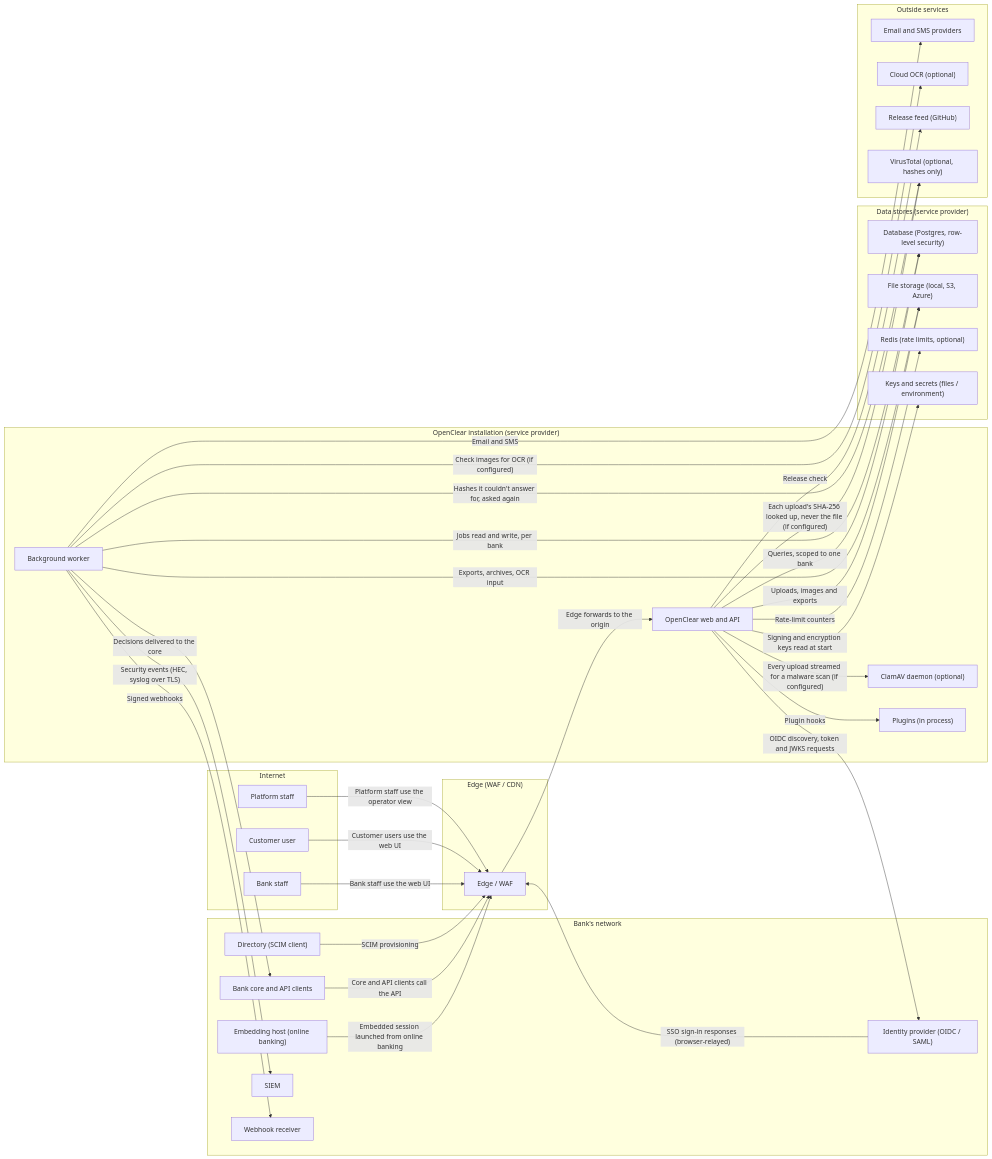
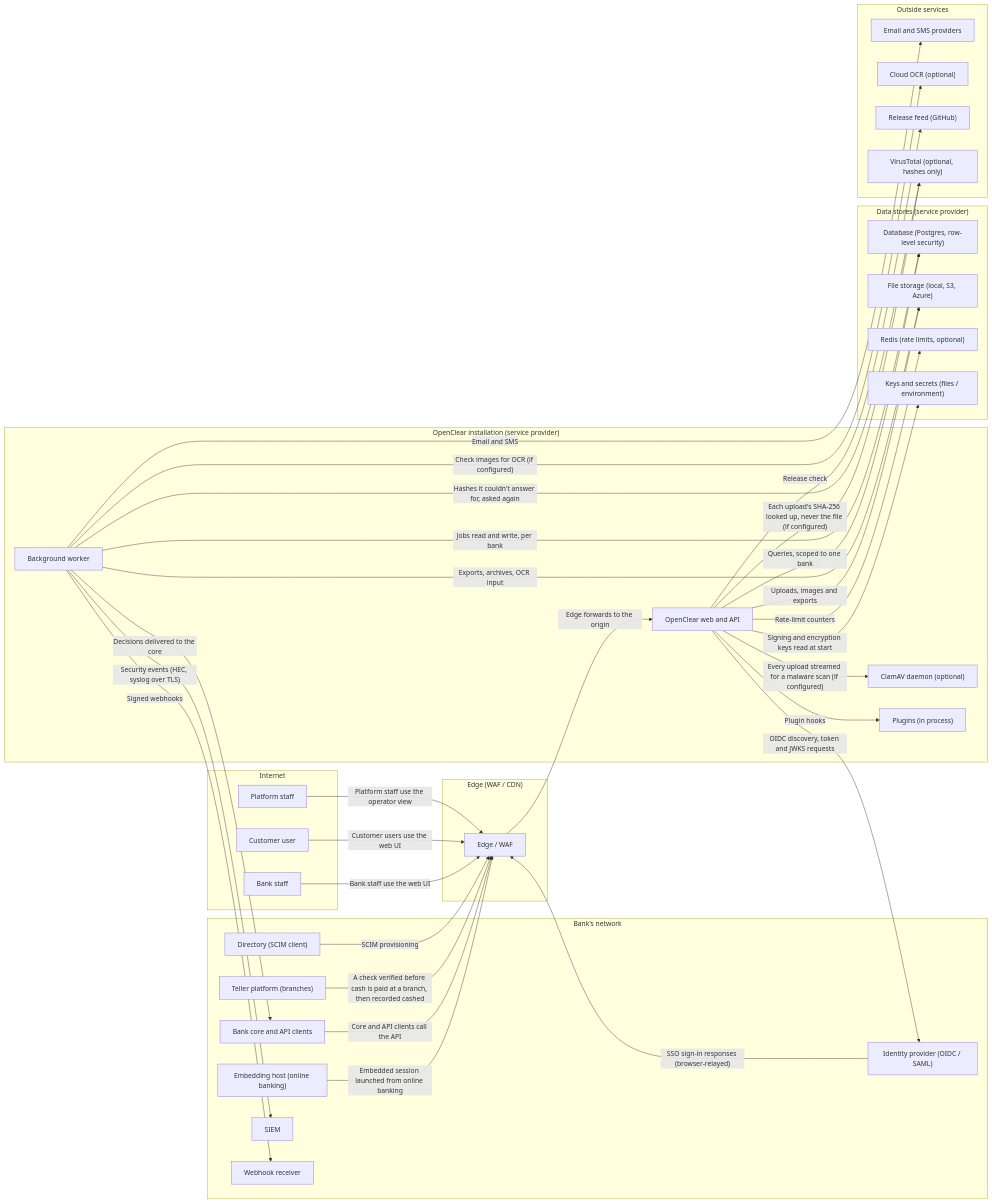
One commit to chaffed/OpenClear changed the diagram in docs/security/threat-model.md. Above: the diagram before and after it, drawn with Mermaid. The commit also changed other lines of this file and 41 other files, not shown here.

First line of the commit message:
TL-1, TL-2: verifying a check at a branch, and recording it cashed

````diff
--- a/docs/security/threat-model.md
+++ b/docs/security/threat-model.md
@@ -13,62 +13,64 @@
 ```mermaid
 flowchart LR
   subgraph b0["Internet"]
     n0["Bank staff"]
     n1["Customer user"]
     n2["Platform staff"]
   end
   subgraph b1["Bank's network"]
     n3["Embedding host (online banking)"]
     n4["Bank core and API clients"]
-    n5["Identity provider (OIDC / SAML)"]
-    n6["Directory (SCIM client)"]
-    n7["SIEM"]
-    n8["Webhook receiver"]
+    n5["Teller platform (branches)"]
+    n6["Identity provider (OIDC / SAML)"]
+    n7["Directory (SCIM client)"]
+    n8["SIEM"]
+    n9["Webhook receiver"]
   end
   subgraph b2["Edge (WAF / CDN)"]
-    n14["Edge / WAF"]
+    n15["Edge / WAF"]
   end
   subgraph b3["OpenClear installation (service provider)"]
-    n12["ClamAV daemon (optional)"]
-    n15["OpenClear web and API"]
-    n16["Background worker"]
-    n17["Plugins (in process)"]
+    n13["ClamAV daemon (optional)"]
+    n16["OpenClear web and API"]
+    n17["Background worker"]
+    n18["Plugins (in process)"]
   end
   subgraph b4["Data stores (service provider)"]
-    n18["Database (Postgres, row-level security)"]
-    n19["File storage (local, S3, Azure)"]
-    n20["Redis (rate limits, optional)"]
-    n21["Keys and secrets (files / environment)"]
+    n19["Database (Postgres, row-level security)"]
+    n20["File storage (local, S3, Azure)"]
+    n21["Redis (rate limits, optional)"]
+    n22["Keys and secrets (files / environment)"]
   end
   subgraph b5["Outside services"]
-    n9["Email and SMS providers"]
-    n10["Cloud OCR (optional)"]
-    n11["Release feed (GitHub)"]
-    n13["VirusTotal (optional, hashes only)"]
+    n10["Email and SMS providers"]
+    n11["Cloud OCR (optional)"]
+    n12["Release feed (GitHub)"]
+    n14["VirusTotal (optional, hashes only)"]
   end
-  n0 -->|"Bank staff use the web UI"| n14
-  n1 -->|"Customer users use the web UI"| n14
-  n2 -->|"Platform staff use the operator view"| n14
-  n3 -->|"Embedded session launched from online banking"| n14
-  n4 -->|"Core and API clients call the API"| n14
-  n5 -->|"SSO sign-in responses (browser-relayed)"| n14
-  n6 -->|"SCIM provisioning"| n14
-  n14 -->|"Edge forwards to the origin"| n15
-  n15 -->|"OIDC discovery, token and JWKS requests"| n5
-  n15 -->|"Queries, scoped to one bank"| n18
-  n15 -->|"Uploads, images and exports"| n19
-  n15 -->|"Rate-limit counters"| n20
-  n15 -->|"Signing and encryption keys read at start"| n21
-  n15 -->|"Plugin hooks"| n17
-  n16 -->|"Jobs read and write, per bank"| n18
-  n16 -->|"Exports, archives, OCR input"| n19
-  n16 -->|"Security events (HEC, syslog over TLS)"| n7
-  n16 -->|"Signed webhooks"| n8
-  n16 -->|"Decisions delivered to the core"| n4
-  n16 -->|"Email and SMS"| n9
-  n16 -->|"Check images for OCR (if configured)"| n10
-  n15 -->|"Release check"| n11
-  n15 -->|"Every upload streamed for a malware scan (if configured)"| n12
-  n15 -->|"Each upload's SHA-256 looked up, never the file (if configured)"| n13
-  n16 -->|"Hashes it couldn't answer for, asked again"| n13
+  n0 -->|"Bank staff use the web UI"| n15
+  n1 -->|"Customer users use the web UI"| n15
+  n2 -->|"Platform staff use the operator view"| n15
+  n3 -->|"Embedded session launched from online banking"| n15
+  n4 -->|"Core and API clients call the API"| n15
+  n5 -->|"A check verified before cash is paid at a branch, then recorded cashed"| n15
+  n6 -->|"SSO sign-in responses (browser-relayed)"| n15
+  n7 -->|"SCIM provisioning"| n15
+  n15 -->|"Edge forwards to the origin"| n16
+  n16 -->|"OIDC discovery, token and JWKS requests"| n6
+  n16 -->|"Queries, scoped to one bank"| n19
+  n16 -->|"Uploads, images and exports"| n20
+  n16 -->|"Rate-limit counters"| n21
+  n16 -->|"Signing and encryption keys read at start"| n22
+  n16 -->|"Plugin hooks"| n18
+  n17 -->|"Jobs read and write, per bank"| n19
+  n17 -->|"Exports, archives, OCR input"| n20
+  n17 -->|"Security events (HEC, syslog over TLS)"| n8
+  n17 -->|"Signed webhooks"| n9
+  n17 -->|"Decisions delivered to the core"| n4
+  n17 -->|"Email and SMS"| n10
+  n17 -->|"Check images for OCR (if configured)"| n11
+  n16 -->|"Release check"| n12
+  n16 -->|"Every upload streamed for a malware scan (if configured)"| n13
+  n16 -->|"Each upload's SHA-256 looked up, never the file (if configured)"| n14
+  n17 -->|"Hashes it couldn't answer for, asked again"| n14
 ```
````
